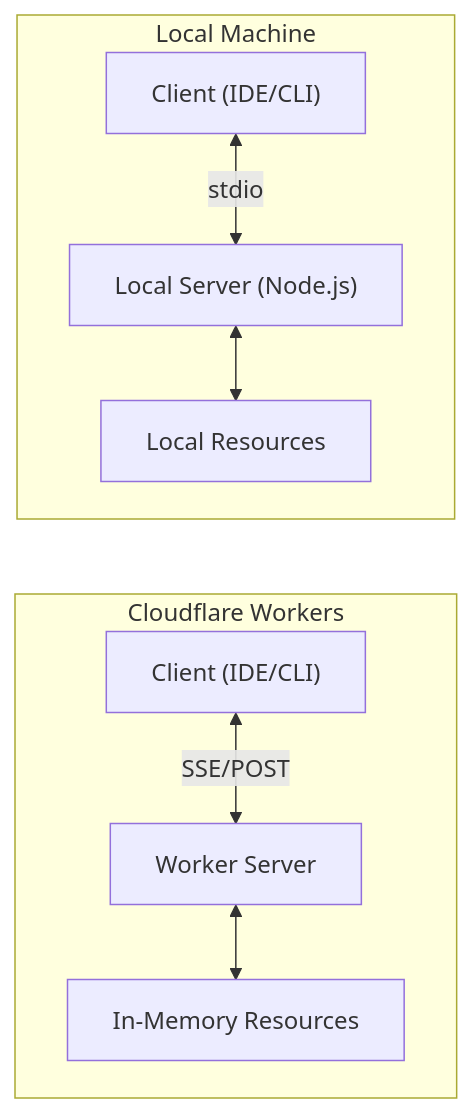
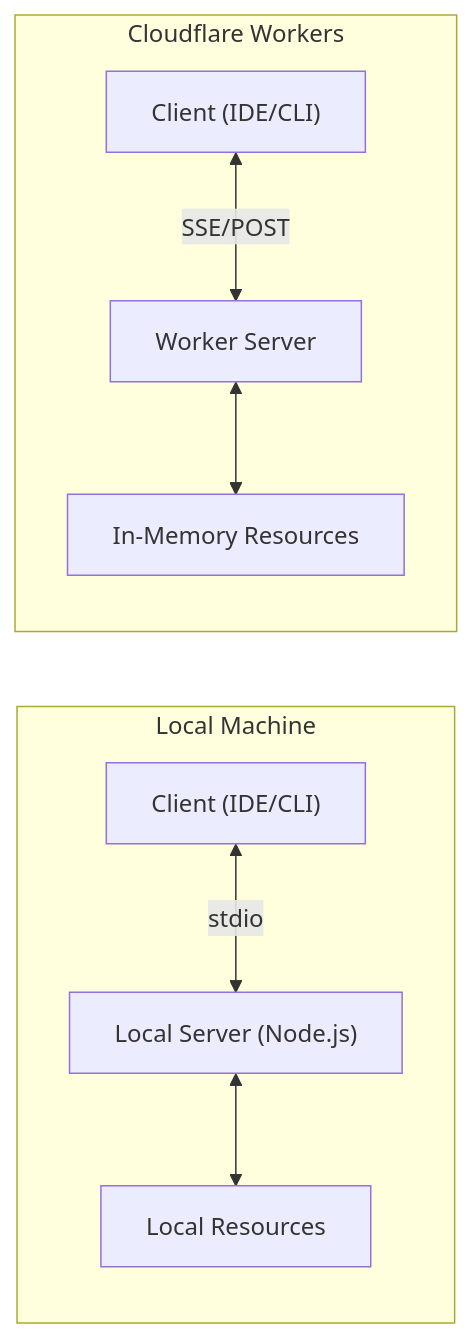
One commit to hissain/simplest-mcp changed the diagram in README.md. Above: the diagram before and after it, drawn with Mermaid.

Commit message:
docs: adjust architecture diagram to LR layout with TB subgraphs

````diff
--- a/README.md
+++ b/README.md
@@ -14,15 +14,14 @@
 ```mermaid
-graph TD
+graph LR
     subgraph Local [Local Machine]
+        direction TB
         Client["Client (IDE/CLI)"] <-->|stdio| Server["Local Server (Node.js)"]
         Server <--> Resources["Local Resources"]
     end
     
     subgraph Cloud [Cloudflare Workers]
+        direction TB
         RemoteClient["Client (IDE/CLI)"] <-->|SSE/POST| Worker["Worker Server"]
         Worker <--> CloudRes["In-Memory Resources"]
     end
-
-    %% Force vertical layout
-    Resources ~~~ RemoteClient
 ```
````
